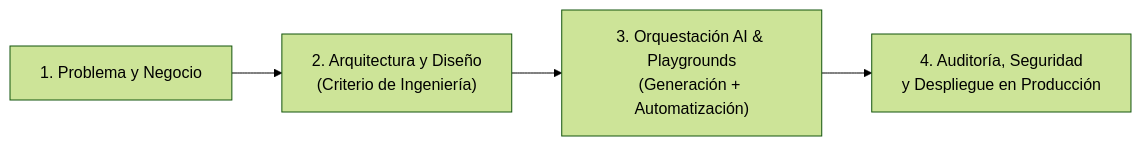
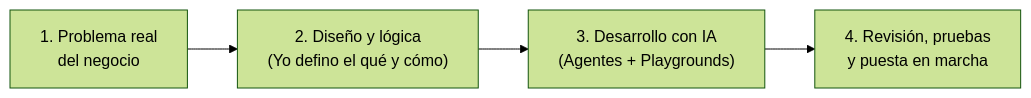
Before and after one commit to juanpps/juanpps: the first of 2 diagrams in README.md, drawn with Mermaid (forest theme). The commit also changed other lines of this file and 1 other file, not shown here.

Commit message:
fix: prevent SVG banner text overlap with terminal, make tone clearer and link real repos

````diff
--- a/README.md
+++ b/README.md
@@ -44,6 +44,6 @@
 ```mermaid
 flowchart LR
-    P["1. Problema y Negocio"] --> A["2. Arquitectura y Diseño<br/>(Criterio de Ingeniería)"]
-    A --> IA["3. Orquestación AI & Playgrounds<br/>(Generación + Automatización)"]
-    IA --> V["4. Auditoría, Seguridad<br/>y Despliegue en Producción"]
+    P["1. Problema real<br/>del negocio"] --> A["2. Diseño y lógica<br/>(Yo defino el qué y cómo)"]
+    A --> IA["3. Desarrollo con IA<br/>(Agentes + Playgrounds)"]
+    IA --> V["4. Revisión, pruebas<br/>y puesta en marcha"]
 ```
````
